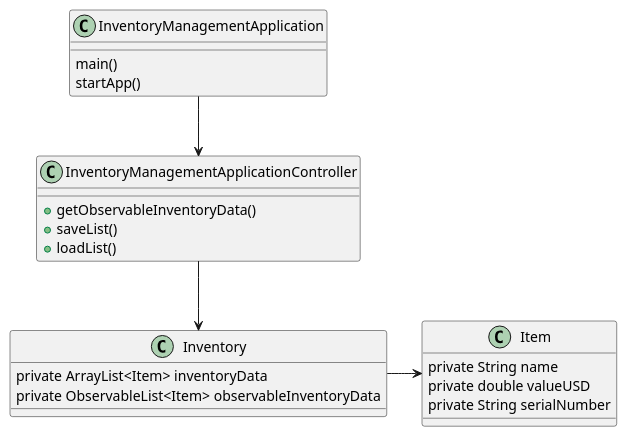
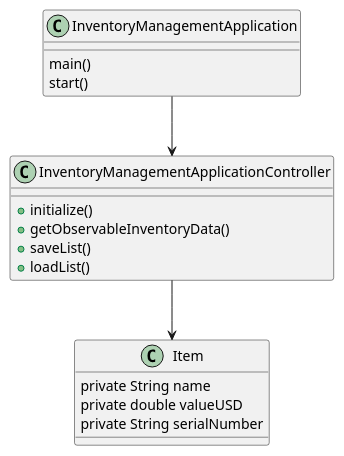
The diagram in docs/InventoryManagementAppUML.puml (airick17/heston-app2), drawn with PlantUML before and after one commit. The commit also changed 4 other files, not shown here.

```diff
--- a/docs/InventoryManagementAppUML.puml
+++ b/docs/InventoryManagementAppUML.puml
@@ -1,31 +1,25 @@
 @startuml
 'https://plantuml.com/class-diagram
 
 class InventoryManagementApplication {
     main()
-    startApp()
+    start()
 }
 InventoryManagementApplication --> InventoryManagementApplicationController
 
 class Item{
     private String name
     private double valueUSD
     private String serialNumber
 }
 
-InventoryManagementApplicationController --> Inventory
-
-class Inventory{
-    private ArrayList<Item> inventoryData
-    private ObservableList<Item> observableInventoryData
-}
-
-Inventory-> Item
+InventoryManagementApplicationController --> Item
 
 class InventoryManagementApplicationController {
+    +initialize()
     +getObservableInventoryData()
     +saveList()
     +loadList()
 }
 
 @enduml
```
